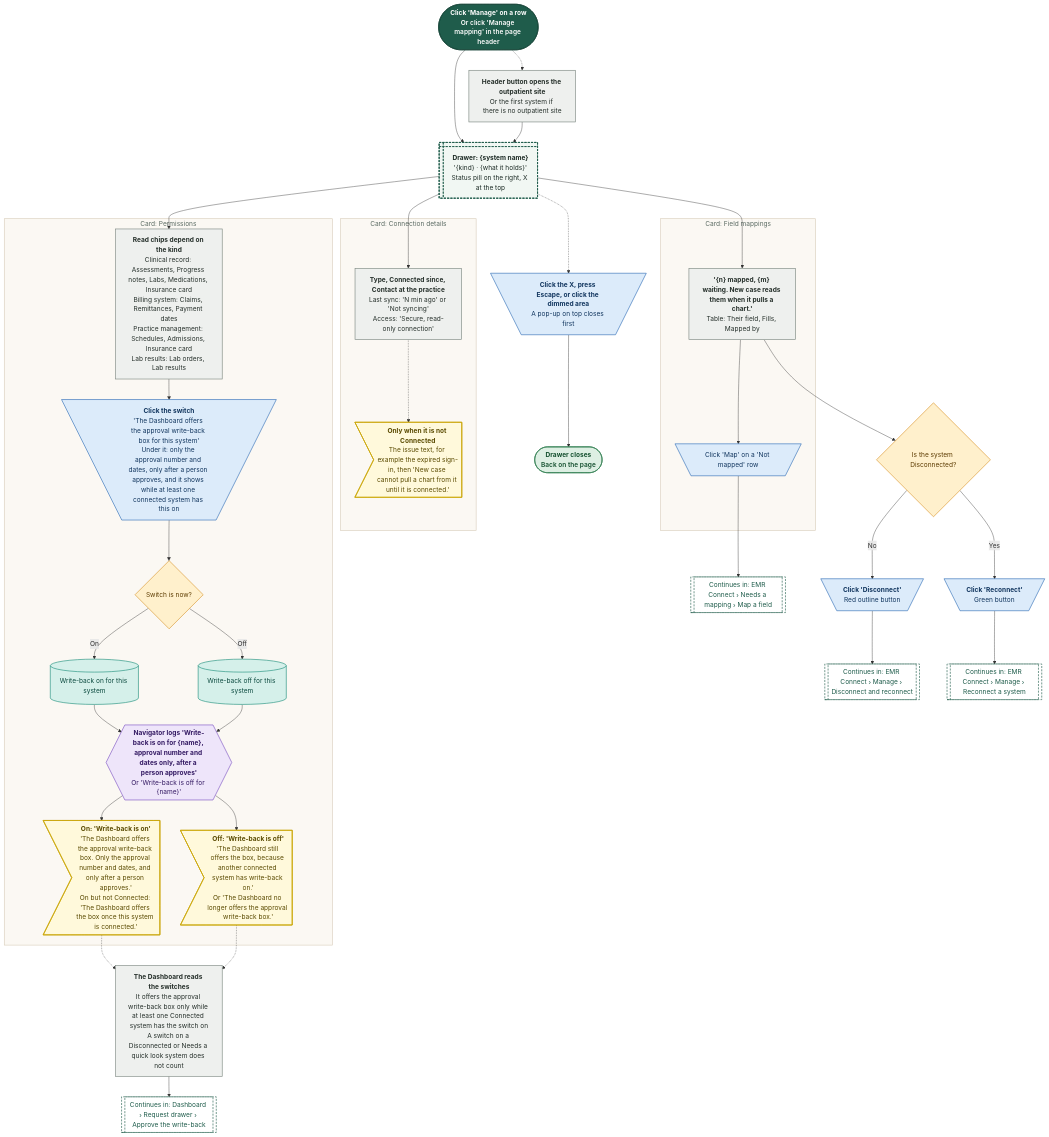
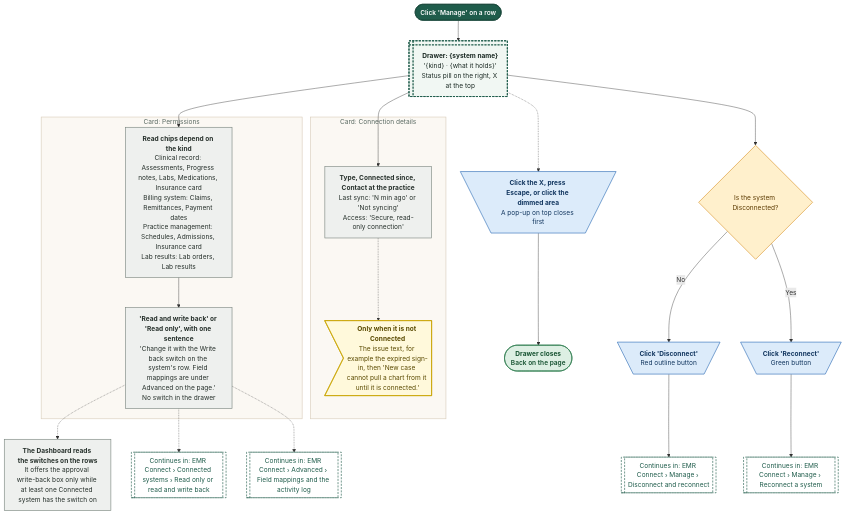
Diagram 17 of 20 in demos/prior-auth-demo/workflows/out/md/09-emr-connect.md (Shrav143/psyfloapp), drawn with Mermaid before and after one commit. The commit also changed other lines of this file and 192 other files, not shown here.

First line of the commit message:
docs: changelog by sidebar tab; README, diagrams and Settings layout aligned with the refinement; shared InfoTip; referral cost-share line

````diff
--- a/demos/prior-auth-demo/workflows/out/md/09-emr-connect.md
+++ b/demos/prior-auth-demo/workflows/out/md/09-emr-connect.md
@@ -1211,8 +1358,7 @@
   classDef k_wait fill:#E4E8EE,stroke:#6B7C93,color:#26303D,stroke-width:1.5px
   classDef k_toast fill:#FFF9DB,stroke:#C9A400,color:#5A4A00,stroke-width:1.5px
   classDef k_goto fill:#FFFFFF,stroke:#1F5C4B,color:#1F5C4B,stroke-width:1.5px,stroke-dasharray:5 3
-  s1@{ shape: stadium, label: "<b>Click 'Manage' on a row</b><br/>Or click 'Manage mapping' in the page header" }
-  p0@{ shape: rect, label: "<b>Header button opens the outpatient site</b><br/>Or the first system if there is no outpatient site" }
+  s1@{ shape: stadium, label: "Click 'Manage' on a row" }
   o1@{ shape: win-pane, label: "<b>Drawer: {system name}</b><br/>'{kind} · {what it holds}'<br/>Status pill on the right, X at the top" }
   subgraph gDet ["Card: Connection details"]
   d1@{ shape: rect, label: "<b>Type, Connected since, Contact at the practice</b><br/>Last sync: 'N min ago' or 'Not syncing'<br/>Access: 'Secure, read-only connection'" }
@@ -1220,58 +1366,37 @@
   end
   subgraph gPerm ["Card: Permissions"]
   r1@{ shape: rect, label: "<b>Read chips depend on the kind</b><br/>Clinical record: Assessments, Progress notes, Labs, Medications, Insurance card<br/>Billing system: Claims, Remittances, Payment dates<br/>Practice management: Schedules, Admissions, Insurance card<br/>Lab results: Lab orders, Lab results" }
-  w1@{ shape: trap-t, label: "<b>Click the switch</b><br/>'The Dashboard offers the approval write-back box for this system'<br/>Under it: only the approval number and dates, only after a person approves, and it shows while at least one connected system has this on" }
-  wq@{ shape: diam, label: "Switch is now?" }
-  w2@{ shape: cyl, label: "Write-back on for this system" }
-  w3@{ shape: cyl, label: "Write-back off for this system" }
-  w4@{ shape: hex, label: "<b>Navigator logs 'Write-back is on for {name}, approval number and dates only, after a person approves'</b><br/>Or 'Write-back is off for {name}'" }
-  w5@{ shape: odd, label: "<b>On: 'Write-back is on'</b><br/>'The Dashboard offers the approval write-back box. Only the approval number and dates, and only after a person approves.'<br/>On but not Connected: 'The Dashboard offers the box once this system is connected.'" }
-  w6@{ shape: odd, label: "<b>Off: 'Write-back is off'</b><br/>'The Dashboard still offers the box, because another connected system has write-back on.'<br/>Or 'The Dashboard no longer offers the approval write-back box.'" }
+  w1@{ shape: rect, label: "<b>'Read and write back' or 'Read only', with one sentence</b><br/>'Change it with the Write back switch on the system's row. Field mappings are under Advanced on the page.'<br/>No switch in the drawer" }
   end
-  n1@{ shape: rect, label: "<b>The Dashboard reads the switches</b><br/>It offers the approval write-back box only while at least one Connected system has the switch on<br/>A switch on a Disconnected or Needs a quick look system does not count" }
-  g3@{ shape: subproc, label: "Continues in: Dashboard › Request drawer › Approve the write-back" }
-  subgraph gMap ["Card: Field mappings"]
-  m1@{ shape: rect, label: "<b>'{n} mapped, {m} waiting. New case reads them when it pulls a chart.'</b><br/>Table: Their field, Fills, Mapped by" }
-  m2@{ shape: trap-t, label: "Click 'Map' on a 'Not mapped' row" }
-  end
+  n1@{ shape: rect, label: "<b>The Dashboard reads the switches on the rows</b><br/>It offers the approval write-back box only while at least one Connected system has the switch on" }
+  g3@{ shape: subproc, label: "Continues in: EMR Connect › Connected systems › Read only or read and write back" }
   bq@{ shape: diam, label: "Is the system Disconnected?" }
   b1@{ shape: trap-t, label: "<b>Click 'Disconnect'</b><br/>Red outline button" }
   b2@{ shape: trap-t, label: "<b>Click 'Reconnect'</b><br/>Green button" }
   cx@{ shape: trap-t, label: "<b>Click the X, press Escape, or click the dimmed area</b><br/>A pop-up on top closes first" }
   e1@{ shape: stadium, label: "<b>Drawer closes</b><br/>Back on the page" }
-  g1@{ shape: subproc, label: "Continues in: EMR Connect › Needs a mapping › Map a field" }
   g2@{ shape: subproc, label: "Continues in: EMR Connect › Manage › Disconnect and reconnect" }
   g4@{ shape: subproc, label: "Continues in: EMR Connect › Manage › Reconnect a system" }
+  g5@{ shape: subproc, label: "Continues in: EMR Connect › Advanced › Field mappings and the activity log" }
   s1 --> o1
-  s1 -.-> p0
-  p0 --> o1
-  o1 --> d1 & r1 & m1
+  o1 --> d1 & r1
   d1 -.-> d2
-  r1 --> w1 --> wq
-  wq -->|"On"| w2
-  wq -->|"Off"| w3
-  w2 --> w4
-  w3 --> w4
-  w4 --> w5 & w6
-  w5 -.-> n1
-  w6 -.-> n1
-  n1 --> g3
-  m1 --> m2 --> g1
-  m1 --> bq
+  r1 --> w1
+  w1 -.-> n1
+  w1 -.-> g3
+  w1 -.-> g5
+  o1 --> bq
   bq -->|"No"| b1 --> g2
   bq -->|"Yes"| b2 --> g4
   o1 -.-> cx --> e1
   class s1 k_start
-  class p0,d1,r1,n1,m1 k_process
   class o1 k_overlay
-  class d2,w5,w6 k_toast
-  class w1,m2,b1,b2,cx k_click
-  class wq,bq k_decision
-  class w2,w3 k_store
-  class w4 k_agent
-  class g3,g1,g2,g4 k_goto
+  class d1,r1,w1,n1 k_process
+  class d2 k_toast
+  class g3,g2,g4,g5 k_goto
+  class bq k_decision
+  class b1,b2,cx k_click
   class e1 k_end
   style gDet fill:#FBF8F3,stroke:#D9CDBB,stroke-width:1.5px,color:#5B6B63
   style gPerm fill:#FBF8F3,stroke:#D9CDBB,stroke-width:1.5px,color:#5B6B63
-  style gMap fill:#FBF8F3,stroke:#D9CDBB,stroke-width:1.5px,color:#5B6B63
 ```
````
